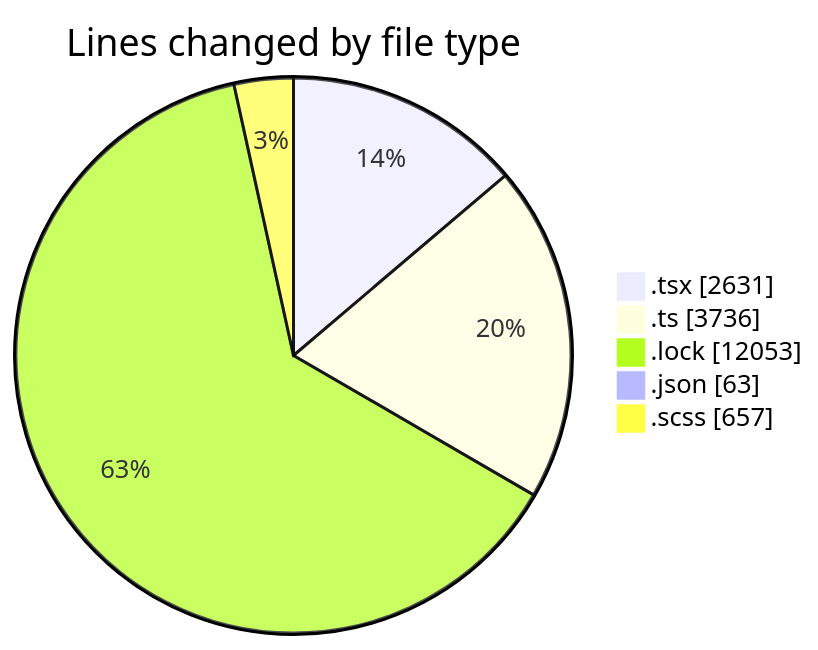
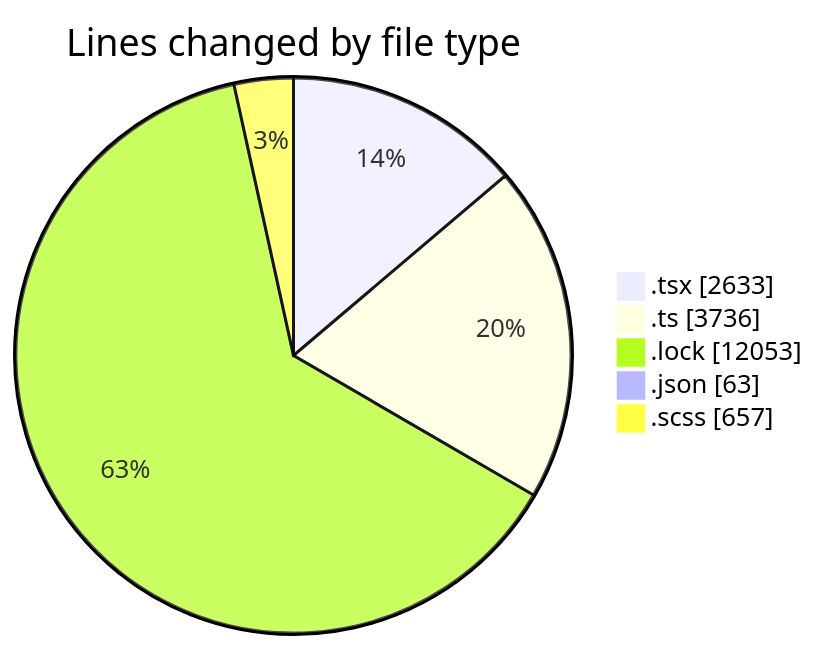
One commit to momahboobian/code-tracking changed the first of 2 diagrams in 2025-12-03/cda/README.md. Above: the diagram before and after it, drawn with Mermaid. The commit also changed other lines of this file and 1 other file, not shown here.

````diff
--- a/2025-12-03/cda/README.md
+++ b/2025-12-03/cda/README.md
@@ -30,9 +30,9 @@
 ```mermaid
 pie showData
 title Lines changed by file type
-".tsx" : 2631
+".tsx" : 2633
 ".ts" : 3736
 ".lock" : 12053
 ".json" : 63
 ".scss" : 657
 ```
````
